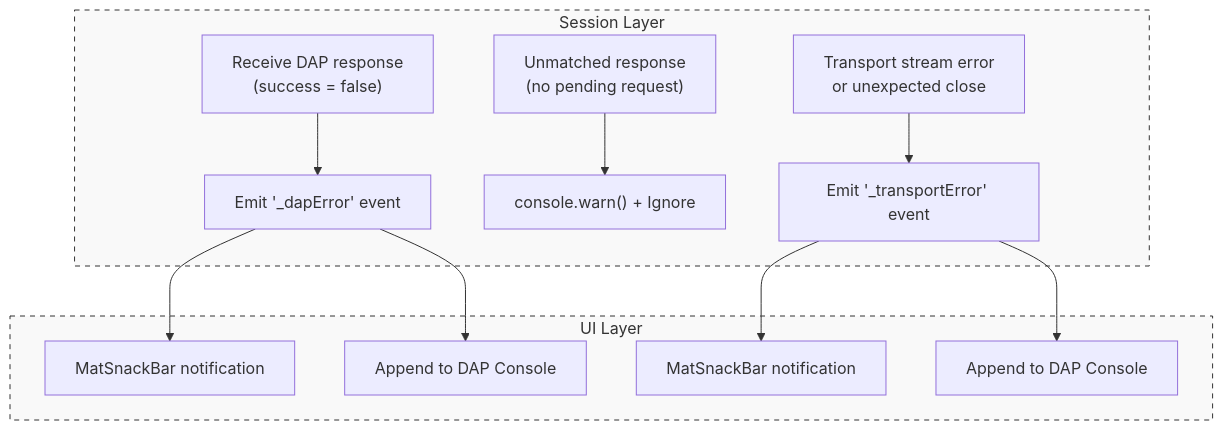
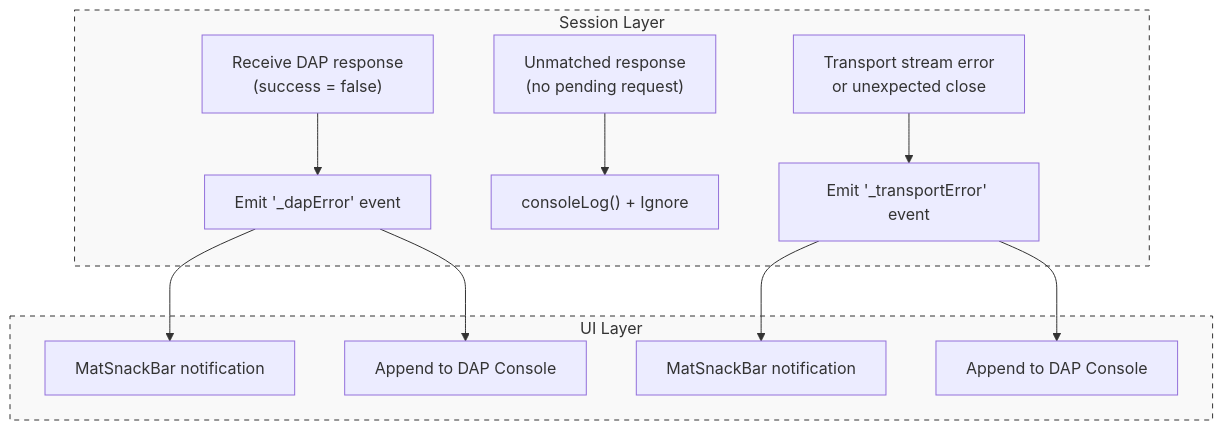
The ninth of 9 diagrams in docs/architecture.md (tangpo387-arch/taro-debugger), drawn with Mermaid before and after one commit. The commit also changed other lines of this file and 1 other file, not shown here.

Commit message:
docs: Update architecture and testing protocol documentation.

````diff
--- a/docs/architecture.md
+++ b/docs/architecture.md
@@ -315,18 +363,18 @@
 ```mermaid
 graph TD
     subgraph Session_Layer ["Session Layer"]
         A["Receive DAP response<br/>(success = false)"] --> B["Emit '_dapError' event"]
-        C["Unmatched response<br/>(no pending request)"] --> D["console.warn() + Ignore"]
+        C["Unmatched response<br/>(no pending request)"] --> D["consoleLog() + Ignore"]
         E["Transport stream error<br/>or unexpected close"] --> F["Emit '_transportError' event"]
     end
 
     subgraph UI_Layer ["UI Layer"]
         B --> G["MatSnackBar notification"]
         B --> H["Append to DAP Console"]
         F --> I["MatSnackBar notification"]
         F --> J["Append to DAP Console"]
     end
 
     style Session_Layer fill:#f9f9f9,stroke:#333,stroke-dasharray: 5 5
     style UI_Layer fill:#f9f9f9,stroke:#333,stroke-dasharray: 5 5
 ```
````
